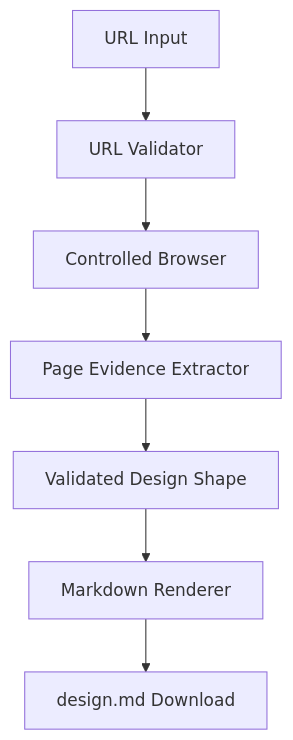
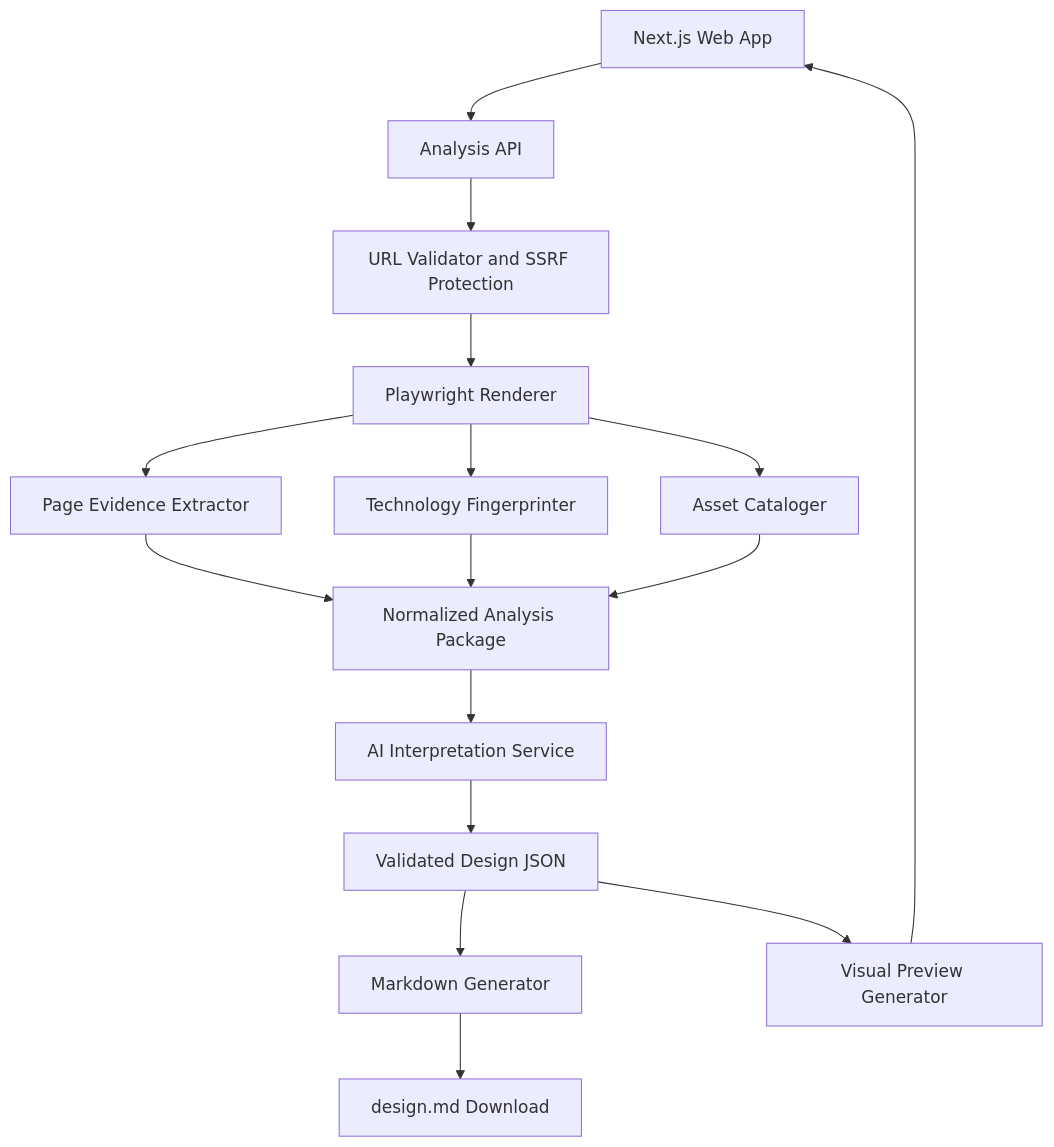
The diagram in docs/superpowers/specs/2026-10-04-design-md-design.md (ysstbl/design.md), drawn with Mermaid before and after one commit. The commit also changed other lines of this file, not shown here.

Commit message:
revert architecture

````diff
--- a/docs/superpowers/specs/2026-10-04-design-md-design.md
+++ b/docs/superpowers/specs/2026-10-04-design-md-design.md
@@ -81,9 +137,18 @@
 ```mermaid
 flowchart TD
-    A[URL Input] --> B[URL Validator]
-    B --> C[Controlled Browser]
-    C --> D[Page Evidence Extractor]
-    D --> E[Validated Design Shape]
-    E --> F[Markdown Renderer]
-    F --> G[design.md Download]
+    A[Next.js Web App] --> B[Analysis API]
+    B --> C[URL Validator and SSRF Protection]
+    C --> D[Playwright Renderer]
+    D --> E[Page Evidence Extractor]
+    D --> F[Technology Fingerprinter]
+    D --> G[Asset Cataloger]
+    E --> H[Normalized Analysis Package]
+    F --> H
+    G --> H
+    H --> I[AI Interpretation Service]
+    I --> J[Validated Design JSON]
+    J --> K[Markdown Generator]
+    J --> L[Visual Preview Generator]
+    K --> M[design.md Download]
+    L --> A
 ```
````
